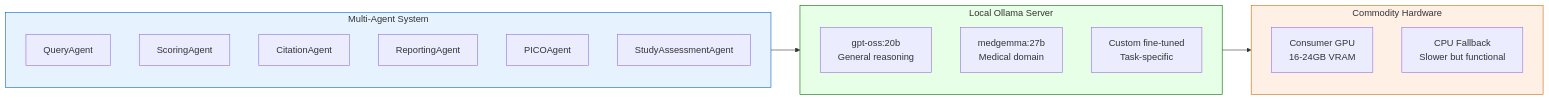
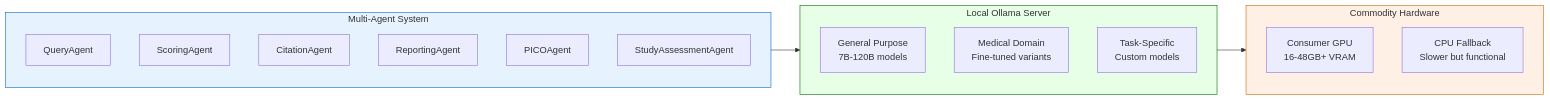
The third of 13 diagrams in doc/papers/systematic_review_agent_paper_draft.md (hherb/bmlibrarian), drawn with Mermaid before and after one commit. The commit also changed other lines of this file, not shown here.

First line of the commit message:
Update LLM section to reflect model-agnostic architecture

````diff
--- a/doc/papers/systematic_review_agent_paper_draft.md
+++ b/doc/papers/systematic_review_agent_paper_draft.md
@@ -169,29 +169,29 @@
 ```mermaid
 flowchart LR
     subgraph Agents["Multi-Agent System"]
         QA[QueryAgent]
         SA[ScoringAgent]
         CA[CitationAgent]
         RA[ReportingAgent]
         PA[PICOAgent]
         STA[StudyAssessmentAgent]
     end
 
     subgraph Ollama["Local Ollama Server"]
-        M1[gpt-oss:20b<br/>General reasoning]
-        M2[medgemma:27b<br/>Medical domain]
-        M3[Custom fine-tuned<br/>Task-specific]
+        M1[General Purpose<br/>7B-120B models]
+        M2[Medical Domain<br/>Fine-tuned variants]
+        M3[Task-Specific<br/>Custom models]
     end
 
     subgraph Hardware["Commodity Hardware"]
-        GPU[Consumer GPU<br/>16-24GB VRAM]
+        GPU[Consumer GPU<br/>16-48GB+ VRAM]
         CPU[CPU Fallback<br/>Slower but functional]
     end
 
     Agents --> Ollama
     Ollama --> Hardware
 
     style Agents fill:#e6f3ff,stroke:#0066cc
     style Ollama fill:#e6ffe6,stroke:#006600
     style Hardware fill:#fff0e6,stroke:#cc6600
 ```
````
